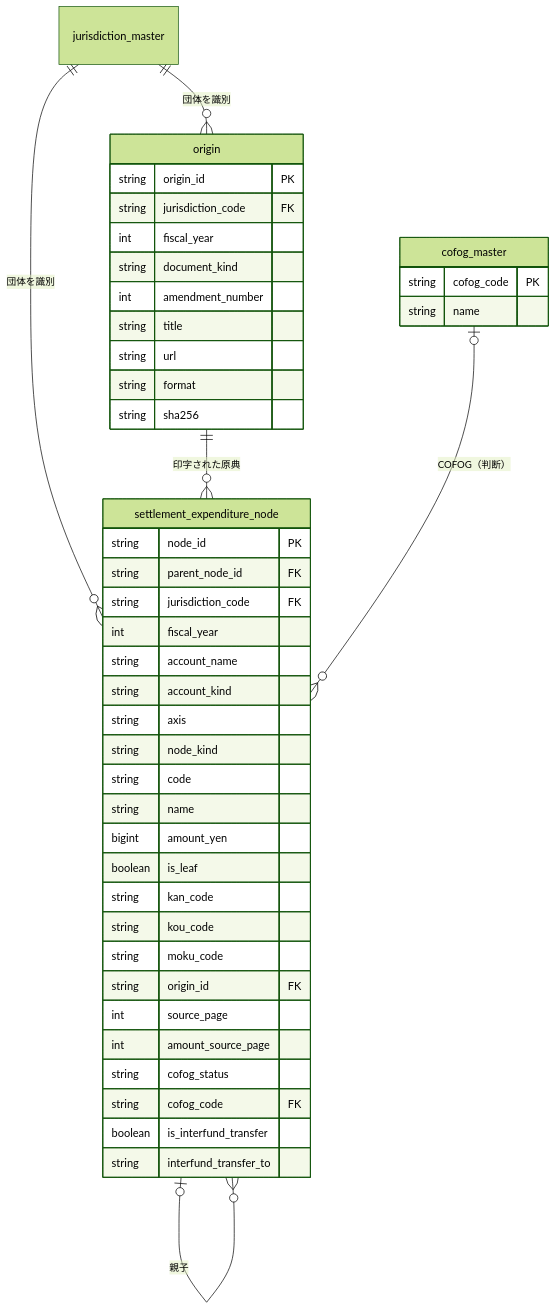
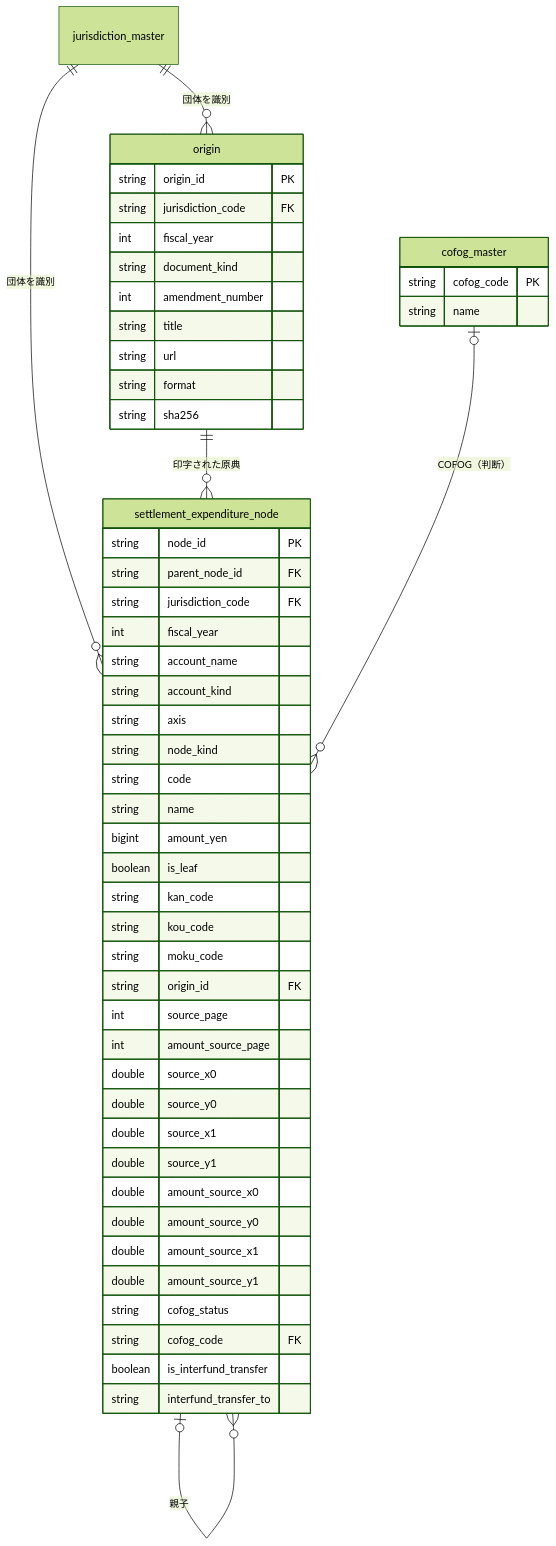
Before and after one commit to fudoki-hensansitu/fudoki: the second of 2 diagrams in docs/prd/fiscal-dbt-models/design-doc.md, drawn with Mermaid (forest theme). The commit also changed other lines of this file and 7 other files, not shown here.

````diff
--- a/docs/prd/fiscal-dbt-models/design-doc.md
+++ b/docs/prd/fiscal-dbt-models/design-doc.md
@@ -182,48 +182,56 @@
 ```mermaid
 erDiagram
   jurisdiction_master ||--o{ settlement_expenditure_node : "団体を識別"
   jurisdiction_master ||--o{ origin : "団体を識別"
   origin ||--o{ settlement_expenditure_node : "印字された原典"
   settlement_expenditure_node |o--o{ settlement_expenditure_node : "親子"
   cofog_master |o--o{ settlement_expenditure_node : "COFOG（判断）"
 
   settlement_expenditure_node {
     string node_id PK
     string parent_node_id FK
     string jurisdiction_code FK
     int fiscal_year
     string account_name
     string account_kind
     string axis
     string node_kind
     string code
     string name
     bigint amount_yen
     boolean is_leaf
     string kan_code
     string kou_code
     string moku_code
     string origin_id FK
     int source_page
     int amount_source_page
+    double source_x0
+    double source_y0
+    double source_x1
+    double source_y1
+    double amount_source_x0
+    double amount_source_y0
+    double amount_source_x1
+    double amount_source_y1
     string cofog_status
     string cofog_code FK
     boolean is_interfund_transfer
     string interfund_transfer_to
   }
   origin {
     string origin_id PK
     string jurisdiction_code FK
     int fiscal_year
     string document_kind
     int amendment_number
     string title
     string url
     string format
     string sha256
   }
   cofog_master {
     string cofog_code PK
     string name
   }
 ```
````
